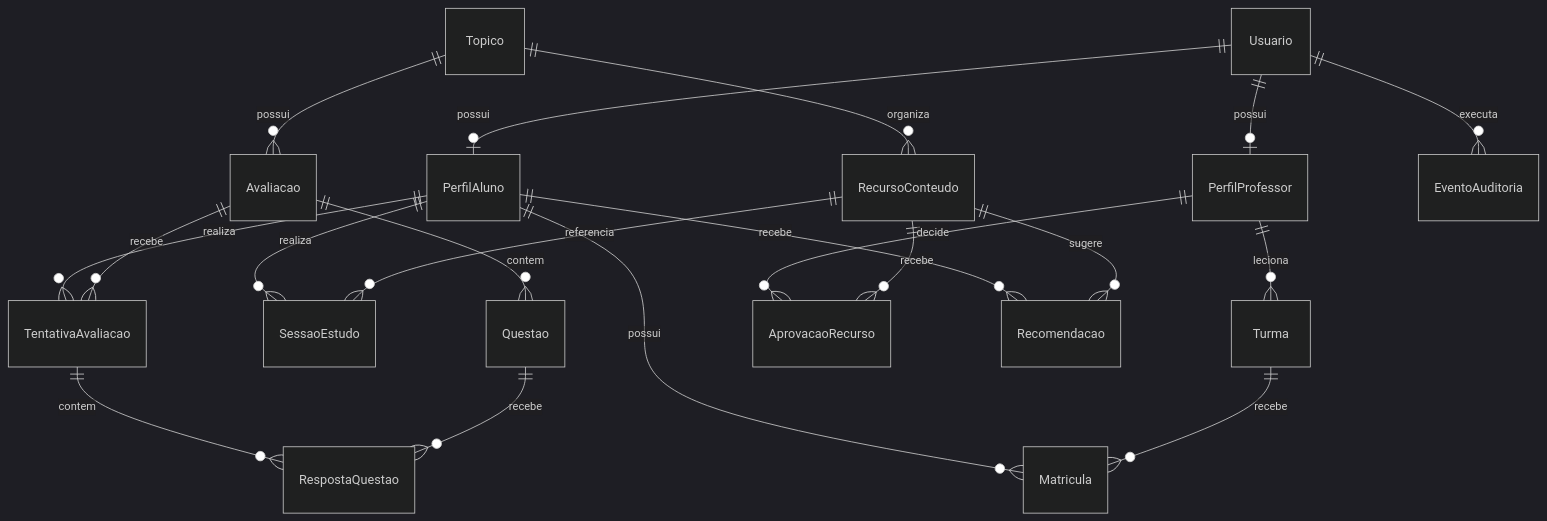
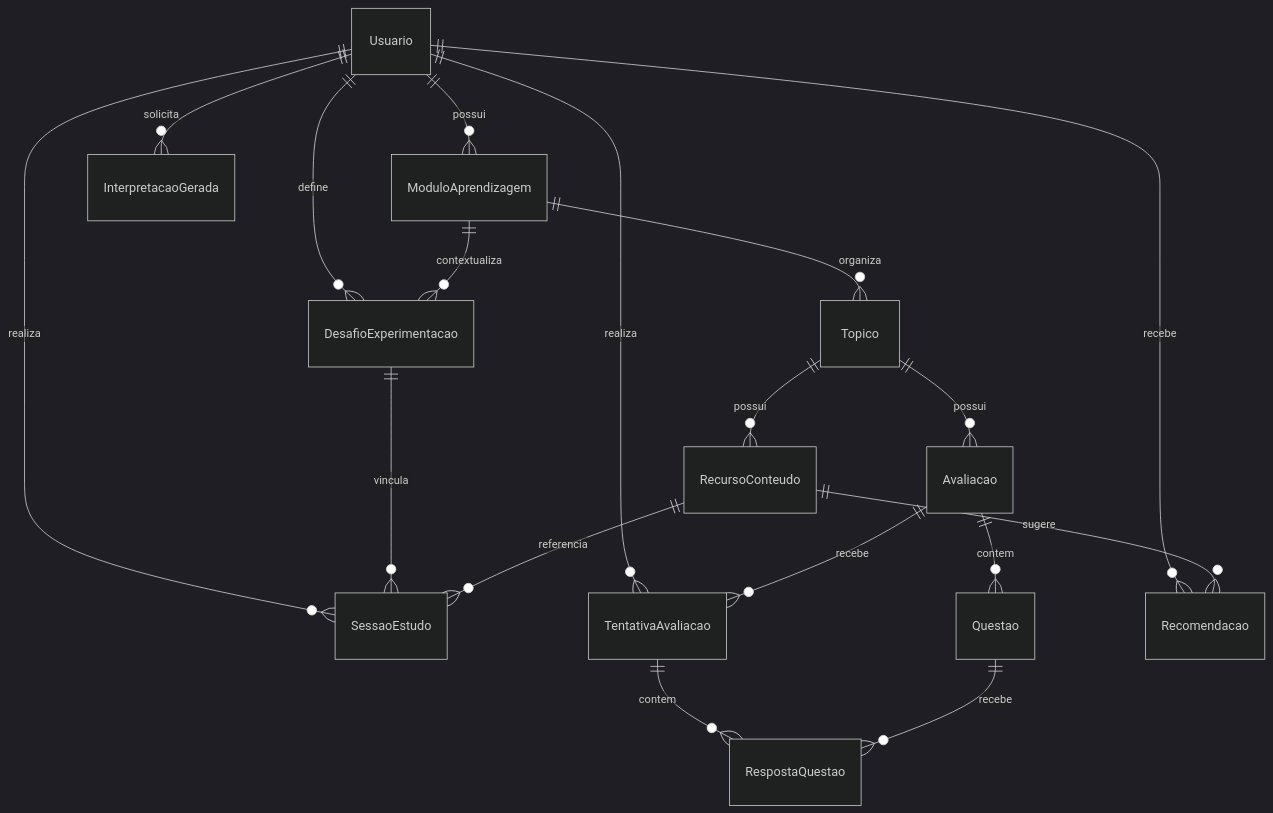
One commit to KeleySantos/TCC changed the diagram in AiFiles/Contexto/Tecnico/MODELO_DE_DADOS.md. Above: the diagram before and after it, drawn with Mermaid (dark theme). The commit also changed other lines of this file and 127 other files, not shown here.

````diff
--- a/AiFiles/Contexto/Tecnico/MODELO_DE_DADOS.md
+++ b/AiFiles/Contexto/Tecnico/MODELO_DE_DADOS.md
@@ -5,22 +7,20 @@
 ```mermaid
 erDiagram
-  Usuario ||--o| PerfilAluno : possui
-  Usuario ||--o| PerfilProfessor : possui
-  PerfilProfessor ||--o{ Turma : leciona
-  PerfilAluno ||--o{ Matricula : possui
-  Turma ||--o{ Matricula : recebe
-  Topico ||--o{ RecursoConteudo : organiza
+  Usuario ||--o{ ModuloAprendizagem : possui
+  ModuloAprendizagem ||--o{ Topico : organiza
+  Topico ||--o{ RecursoConteudo : possui
   Topico ||--o{ Avaliacao : possui
-  PerfilAluno ||--o{ SessaoEstudo : realiza
+  Usuario ||--o{ SessaoEstudo : realiza
+  Usuario ||--o{ DesafioExperimentacao : define
+  ModuloAprendizagem ||--o{ DesafioExperimentacao : contextualiza
+  DesafioExperimentacao ||--o{ SessaoEstudo : vincula
   RecursoConteudo ||--o{ SessaoEstudo : referencia
-  PerfilAluno ||--o{ TentativaAvaliacao : realiza
+  Usuario ||--o{ TentativaAvaliacao : realiza
   Avaliacao ||--o{ TentativaAvaliacao : recebe
   Avaliacao ||--o{ Questao : contem
   TentativaAvaliacao ||--o{ RespostaQuestao : contem
   Questao ||--o{ RespostaQuestao : recebe
-  PerfilProfessor ||--o{ AprovacaoRecurso : decide
-  RecursoConteudo ||--o{ AprovacaoRecurso : recebe
-  PerfilAluno ||--o{ Recomendacao : recebe
+  Usuario ||--o{ Recomendacao : recebe
   RecursoConteudo ||--o{ Recomendacao : sugere
-  Usuario ||--o{ EventoAuditoria : executa
+  Usuario ||--o{ InterpretacaoGerada : solicita
 ```
````
